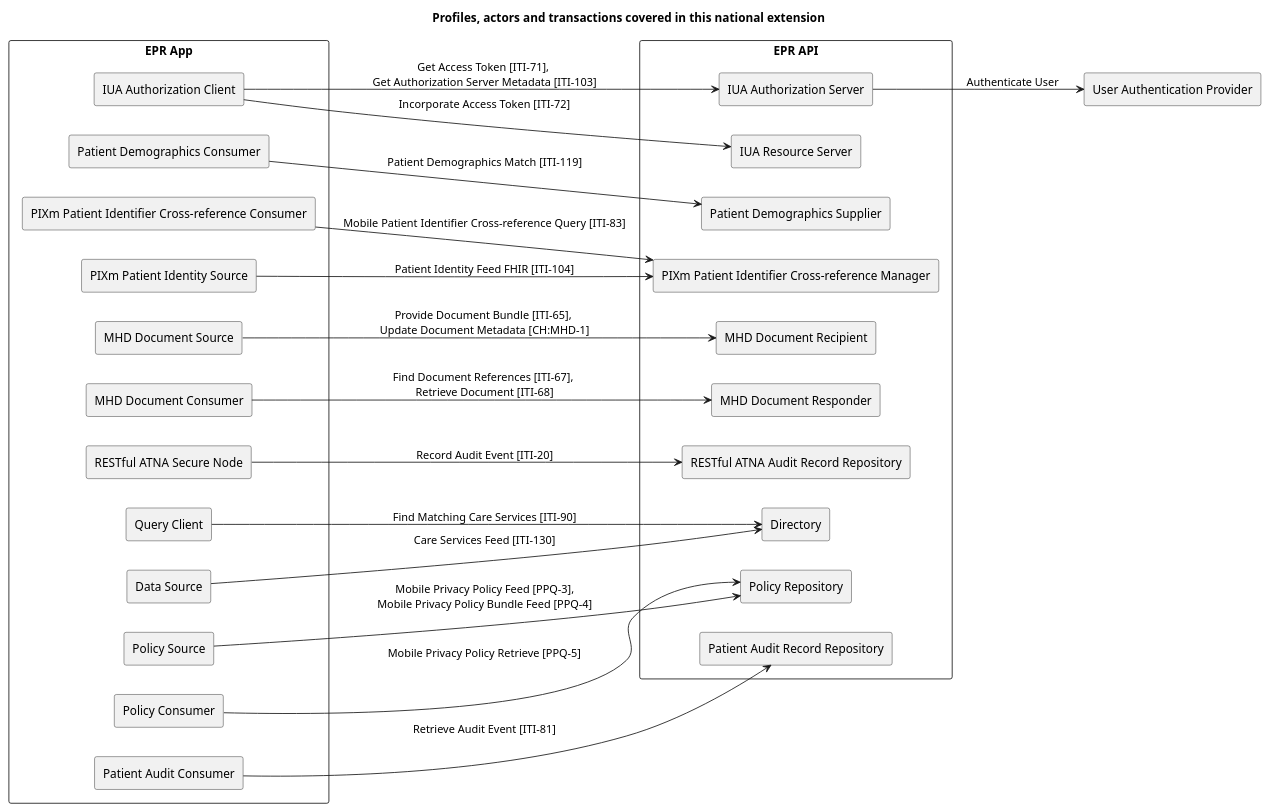
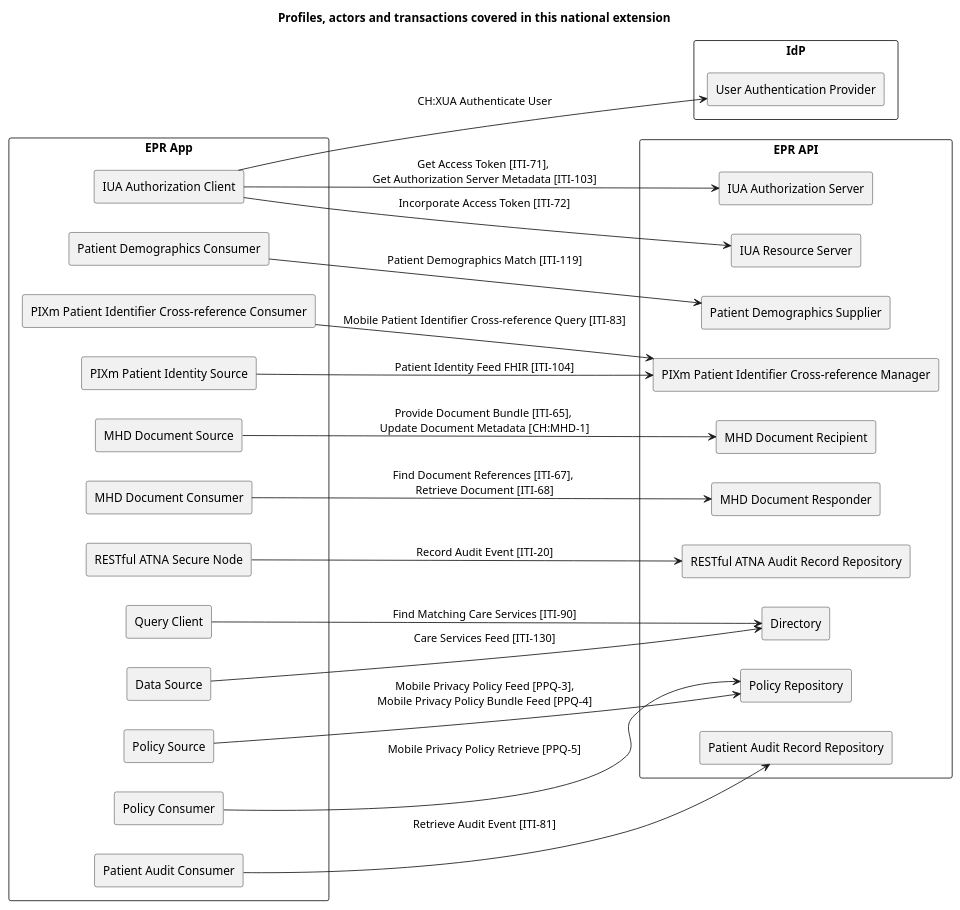
The diagram in input/images-source/overview.plantuml (ehealthsuisse/ch-epr-fhir), drawn with PlantUML before and after one commit. The commit also changed 6 other files, not shown here.

```diff
--- a/input/images-source/overview.plantuml
+++ b/input/images-source/overview.plantuml
@@ -1,69 +1,72 @@
 @startuml
 
 title **Profiles, actors and transactions covered in this national extension**
 
 skinparam componentStyle rectangle
 skinparam svgDimensionStyle false
 
 left to right direction
 
 component "EPR App" {
   [IUA Authorization Client] as IUAClient
 
   [Patient Demographics Consumer] as PDQmConsumer
 
   [PIXm Patient Identifier Cross-reference Consumer] as PIXmConsumer
   [PIXm Patient Identity Source] as PIXmSource
 
   [MHD Document Source] as MHDSource
   [MHD Document Consumer] as MHDConsumer
 
   [RESTful ATNA Secure Node] as ATNANode
 
   [Query Client] as mCSDQueryClient
   [Data Source] as mCSDDataSource
 
   [Policy Source] as PPQmPolicySource
   [Policy Consumer] as PPQmPolicyConsumer
 
   [Patient Audit Consumer] as ATCPatientAuditConsumer
+}
+
+component "IdP" {
+  [User Authentication Provider] as UAProvider
+  IUAClient --> UAProvider : CH:XUA Authenticate User
 }
 
 component "EPR API" {
   [IUA Authorization Server] as IUAAuthServer
   IUAClient -> IUAAuthServer : Get Access Token [ITI-71], \nGet Authorization Server Metadata [ITI-103]
   [IUA Resource Server] as IUAResourceServer
   IUAClient --> IUAResourceServer : Incorporate Access Token [ITI-72]
 
   [Patient Demographics Supplier] as PDQmSupplier
   PDQmConsumer --> PDQmSupplier : Patient Demographics Match [ITI-119]
 
   [PIXm Patient Identifier Cross-reference Manager] as PIXmManager
   PIXmConsumer --> PIXmManager : Mobile Patient Identifier Cross-reference Query [ITI-83]
   PIXmSource --> PIXmManager : Patient Identity Feed FHIR [ITI-104]
 
   [MHD Document Recipient] as MHDRecipient
   MHDSource --> MHDRecipient : Provide Document Bundle [ITI-65], \nUpdate Document Metadata [CH:MHD-1]
 
   [MHD Document Responder] as MHDResponder
   MHDConsumer --> MHDResponder : Find Document References [ITI-67], \nRetrieve Document [ITI-68]
 
   [RESTful ATNA Audit Record Repository] as ATNARepository
   ATNANode --> ATNARepository : Record Audit Event [ITI-20]
 
   [Directory] as mCSDDirectory
   mCSDQueryClient --> mCSDDirectory : Find Matching Care Services [ITI-90]
   mCSDDataSource --> mCSDDirectory : Care Services Feed [ITI-130]
 
   [Policy Repository] as PPQmPolicyRepository
   PPQmPolicySource --> PPQmPolicyRepository : Mobile Privacy Policy Feed [PPQ-3],\nMobile Privacy Policy Bundle Feed [PPQ-4]
   PPQmPolicyConsumer --> PPQmPolicyRepository : Mobile Privacy Policy Retrieve [PPQ-5]
 
   [Patient Audit Record Repository] as ATCPatientAuditRecordRepository
   ATCPatientAuditConsumer --> ATCPatientAuditRecordRepository : Retrieve Audit Event [ITI-81]	
 }
 
-[User Authentication Provider] as UAProvider
-IUAAuthServer --> UAProvider : Authenticate User
 
 @enduml
```
